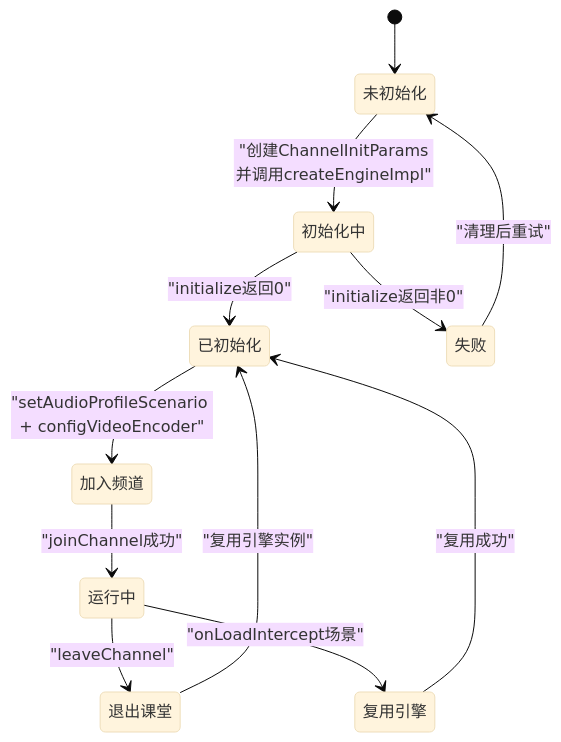
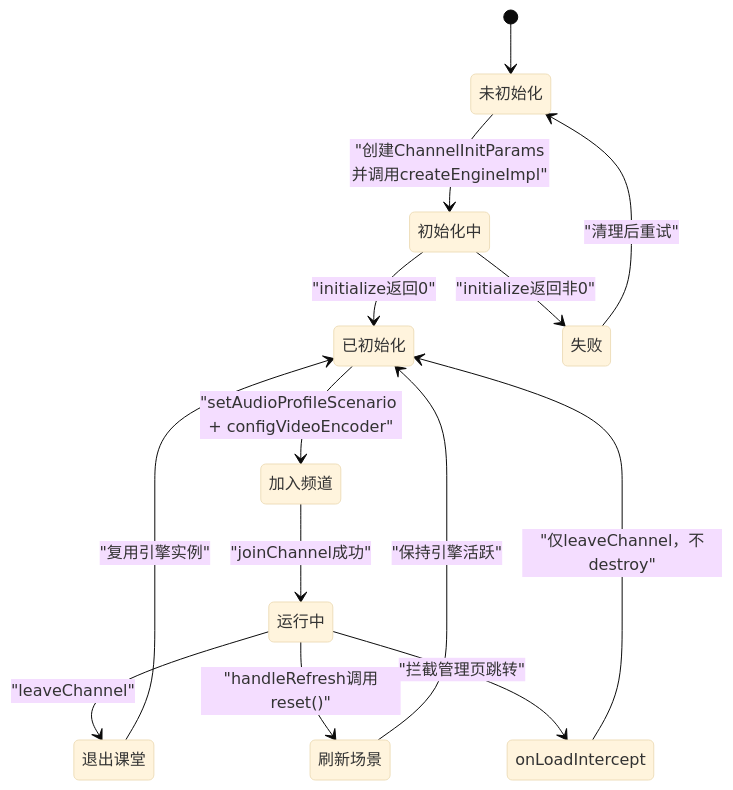
The seventh of 9 diagrams in .qoder/repowiki/zh/content/主要功能模块/音视频通话系统/RTC引擎初始化.md (huz1xuan/harmony_XDY), drawn with Mermaid (base theme) before and after one commit. The commit also changed other lines of this file and 15 other files, not shown here.

````diff
--- a/.qoder/repowiki/zh/content/主要功能模块/音视频通话系统/RTC引擎初始化.md
+++ b/.qoder/repowiki/zh/content/主要功能模块/音视频通话系统/RTC引擎初始化.md
@@ -203,14 +224,16 @@
 ```mermaid
 stateDiagram-v2
 [*] --> 未初始化
 未初始化 --> 初始化中 : "创建ChannelInitParams并调用createEngineImpl"
 初始化中 --> 已初始化 : "initialize返回0"
 初始化中 --> 失败 : "initialize返回非0"
 已初始化 --> 加入频道 : "setAudioProfileScenario + configVideoEncoder"
 加入频道 --> 运行中 : "joinChannel成功"
 运行中 --> 退出课堂 : "leaveChannel"
 退出课堂 --> 已初始化 : "复用引擎实例"
-运行中 --> 复用引擎 : "onLoadIntercept场景"
-复用引擎 --> 已初始化 : "复用成功"
+运行中 --> 刷新场景 : "handleRefresh调用reset()"
+刷新场景 --> 已初始化 : "保持引擎活跃"
+运行中 --> onLoadIntercept : "拦截管理页跳转"
+onLoadIntercept --> 已初始化 : "仅leaveChannel，不destroy"
 失败 --> 未初始化 : "清理后重试"
 ```
````
